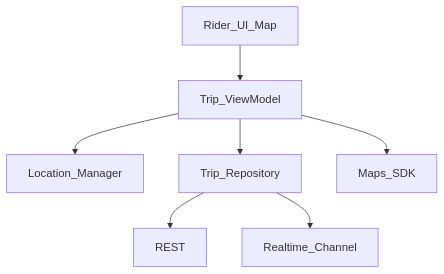
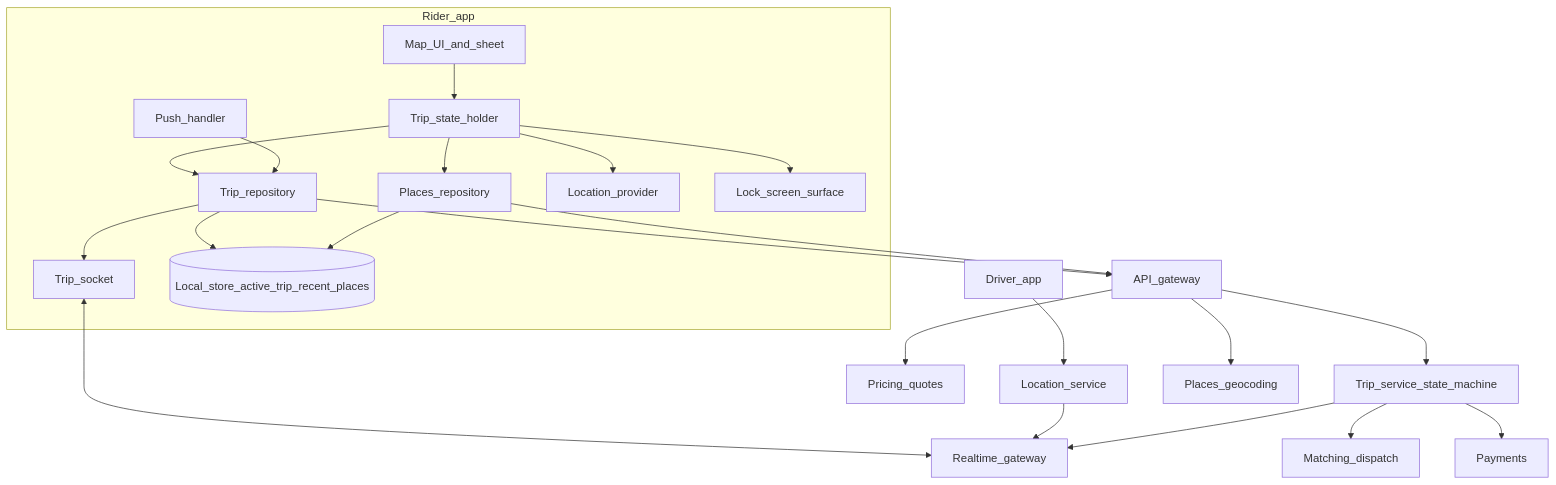
The first of 3 diagrams in book/part-3-consumer-apps/20-ride-hailing.md (yadavsandeep24/san_system_design), drawn with Mermaid before and after one commit. The commit also changed other lines of this file, not shown here.

````diff
--- a/book/part-3-consumer-apps/20-ride-hailing.md
+++ b/book/part-3-consumer-apps/20-ride-hailing.md
@@ -27,16 +47,43 @@
 ```mermaid
 flowchart TB
-  ui[Rider_UI_Map]
-  vm[Trip_ViewModel]
-  loc[Location_Manager]
-  repo[Trip_Repository]
-  ws[Realtime_Channel]
-  api[REST]
-  maps[Maps_SDK]
-  ui --> vm
-  vm --> repo
-  vm --> loc
-  vm --> maps
-  repo --> api
-  repo --> ws
+  subgraph Rider_app
+    map[Map_UI_and_sheet]
+    vm[Trip_state_holder]
+    tripRepo[Trip_repository]
+    placeRepo[Places_repository]
+    loc[Location_provider]
+    rt[Trip_socket]
+    pushh[Push_handler]
+    live[Lock_screen_surface]
+    db[(Local_store_active_trip_recent_places)]
+    map --> vm
+    vm --> tripRepo
+    vm --> placeRepo
+    vm --> loc
+    tripRepo --> rt
+    tripRepo --> db
+    placeRepo --> db
+    pushh --> tripRepo
+    vm --> live
+  end
+  gw[API_gateway]
+  rtgw[Realtime_gateway]
+  trip[Trip_service_state_machine]
+  match[Matching_dispatch]
+  pricing[Pricing_quotes]
+  locsvc[Location_service]
+  places[Places_geocoding]
+  pay[Payments]
+  driver[Driver_app]
+  tripRepo --> gw
+  placeRepo --> gw
+  rt <--> rtgw
+  gw --> trip
+  gw --> pricing
+  gw --> places
+  trip --> match
+  trip --> pay
+  driver --> locsvc
+  locsvc --> rtgw
+  trip --> rtgw
 ```
````
